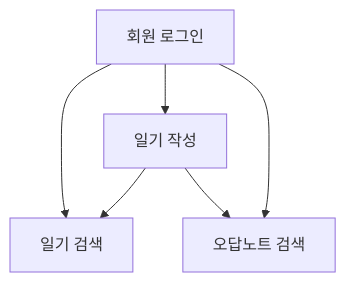
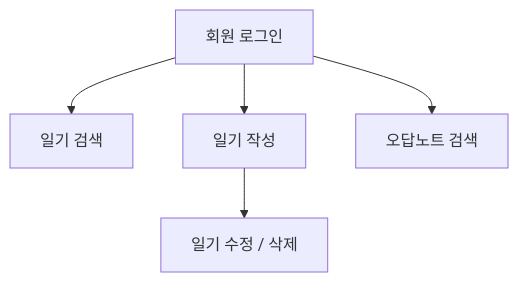
The second of 4 diagrams in 도메인설계서.md (WorkSpaceForHanmg/MiniProject2), drawn with Mermaid before and after one commit.

````diff
--- a/도메인설계서.md
+++ b/도메인설계서.md
@@ -62,8 +62,7 @@
 ```mermaid
 graph TD
     A[회원 로그인] --> B[일기 검색]
     A --> C[일기 작성]
     A --> D[오답노트 검색]
-    C --> B
-    C --> D
+    C --> E[일기 수정 / 삭제]
 ```
````
